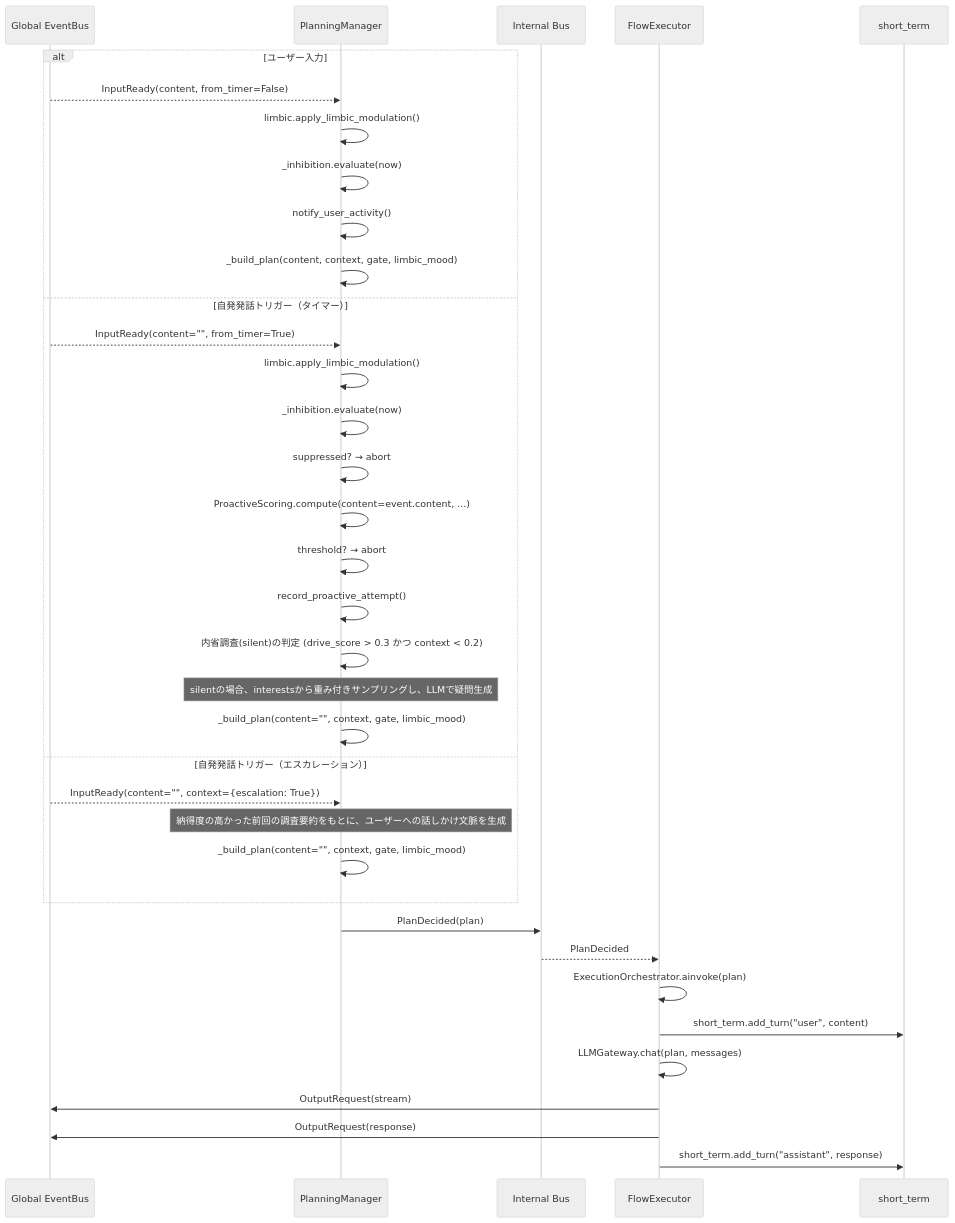
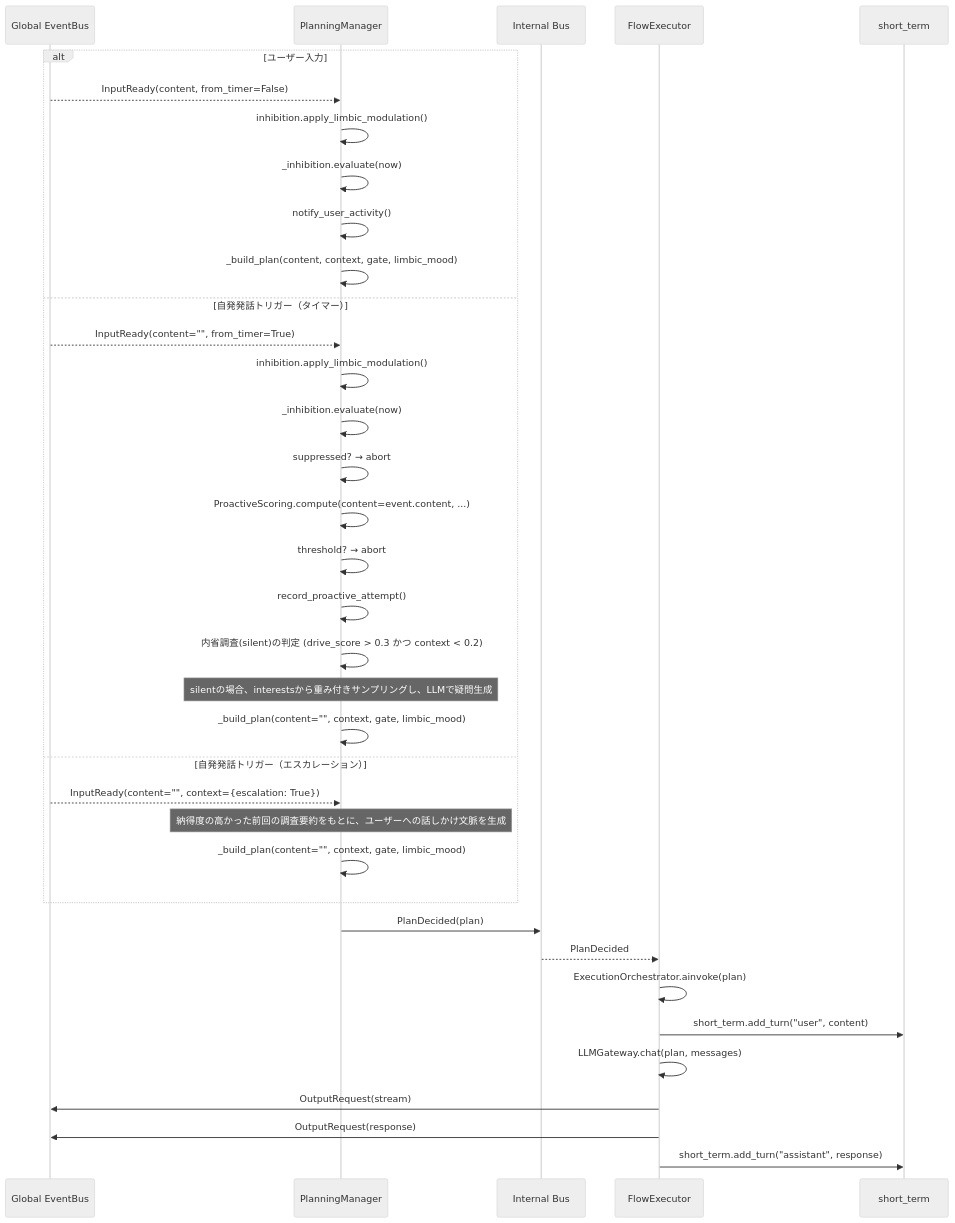
The first of 3 diagrams in docs/agency-layer.md (ibukani/iris-mind), drawn with Mermaid (neutral theme) before and after one commit. The commit also changed other lines of this file and 8 other files, not shown here.

````diff
--- a/docs/agency-layer.md
+++ b/docs/agency-layer.md
@@ -40,42 +40,42 @@
 ```mermaid
 sequenceDiagram
     participant EB as Global EventBus
     participant PL as PlanningManager
     participant IB as Internal Bus
     participant EX as FlowExecutor
     participant STM as short_term
 
     alt ユーザー入力
         EB-->>PL: InputReady(content, from_timer=False)
-        PL->>PL: limbic.apply_limbic_modulation()
+        PL->>PL: inhibition.apply_limbic_modulation()
         PL->>PL: _inhibition.evaluate(now)
         PL->>PL: notify_user_activity()
         PL->>PL: _build_plan(content, context, gate, limbic_mood)
     else 自発発話トリガー（タイマー）
         EB-->>PL: InputReady(content="", from_timer=True)
-        PL->>PL: limbic.apply_limbic_modulation()
+        PL->>PL: inhibition.apply_limbic_modulation()
         PL->>PL: _inhibition.evaluate(now)
         PL->>PL: suppressed? → abort
         PL->>PL: ProactiveScoring.compute(content=event.content, ...)
         PL->>PL: threshold? → abort
         PL->>PL: record_proactive_attempt()
         PL->>PL: 内省調査(silent)の判定 (drive_score > 0.3 かつ context < 0.2)
         Note over PL: silentの場合、interestsから重み付きサンプリングし、LLMで疑問生成
         PL->>PL: _build_plan(content="", context, gate, limbic_mood)
     else 自発発話トリガー（エスカレーション）
         EB-->>PL: InputReady(content="", context={escalation: True})
         Note over PL: 納得度の高かった前回の調査要約をもとに、ユーザーへの話しかけ文脈を生成
         PL->>PL: _build_plan(content="", context, gate, limbic_mood)
     end
 
 
     PL->>IB: PlanDecided(plan)
     IB-->>EX: PlanDecided
 
     EX->>EX: ExecutionOrchestrator.ainvoke(plan)
     EX->>STM: short_term.add_turn("user", content)  # Plan決定後に追加
     EX->>EX: LLMGateway.chat(plan, messages)
     EX->>EB: OutputRequest(stream)
     EX->>EB: OutputRequest(response)
     EX->>STM: short_term.add_turn("assistant", response)
 ```
````
